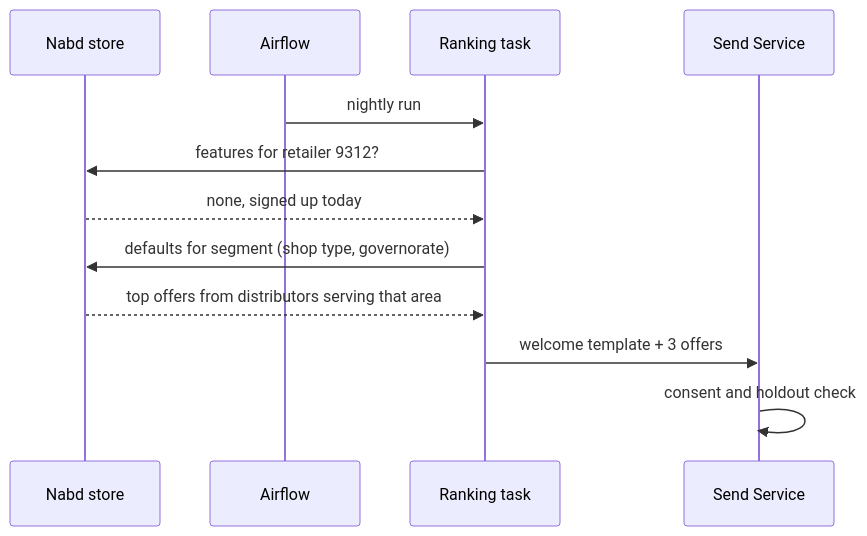
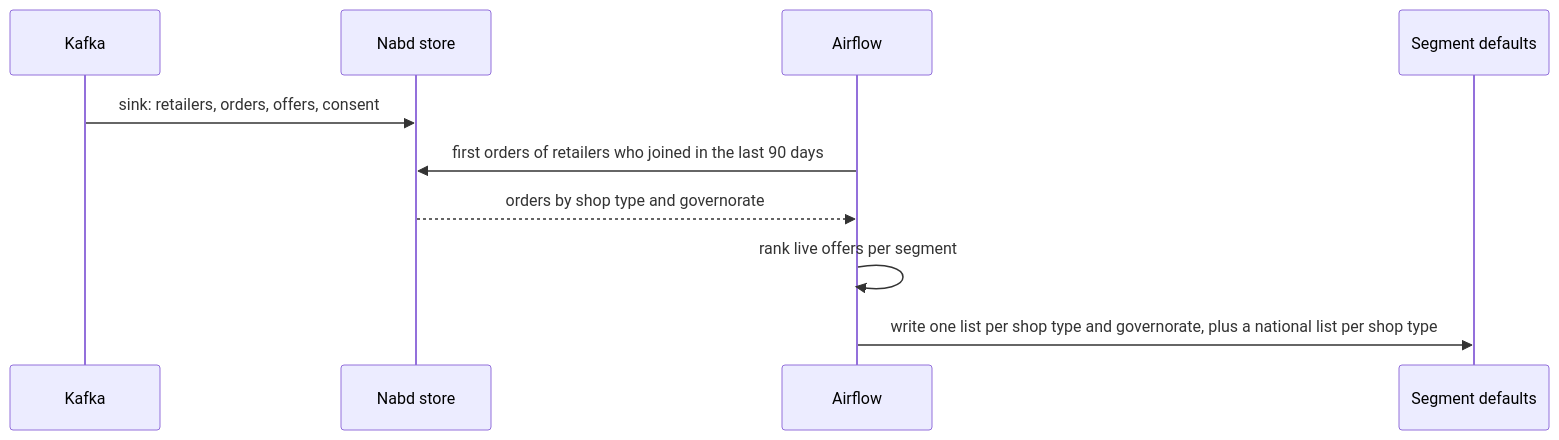
One commit to Isma3ilMohamed/ai-architecture-portfolio changed the first of 7 diagrams in docs/02-sdd.md. Above: the diagram before and after it, drawn with Mermaid. The commit also changed other lines of this file and 1 other file, not shown here.

````diff
--- a/docs/02-sdd.md
+++ b/docs/02-sdd.md
@@ -156,14 +122,12 @@
 ```mermaid
 sequenceDiagram
+  participant K as Kafka
   participant Store as Nabd store
   participant Air as Airflow
-  participant Rank as Ranking task
-  participant Send as Send Service
-  Air->>Rank: nightly run
-  Rank->>Store: features for retailer 9312?
-  Store-->>Rank: none, signed up today
-  Rank->>Store: defaults for segment (shop type, governorate)
-  Store-->>Rank: top offers from distributors serving that area
-  Rank->>Send: welcome template + 3 offers
-  Send->>Send: consent and holdout check
+  participant D as Segment defaults
+  K->>Store: sink: retailers, orders, offers, consent
+  Air->>Store: first orders of retailers who joined in the last 90 days
+  Store-->>Air: orders by shop type and governorate
+  Air->>Air: rank live offers per segment
+  Air->>D: write one list per shop type and governorate, plus a national list per shop type
 ```
````
